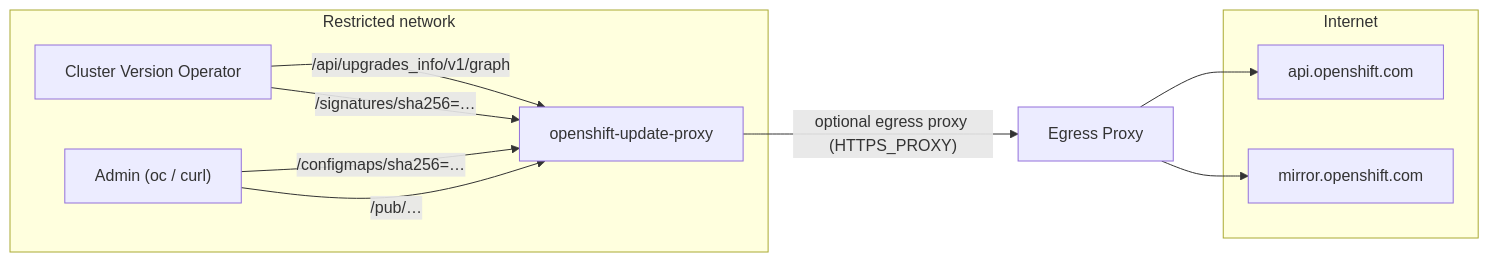
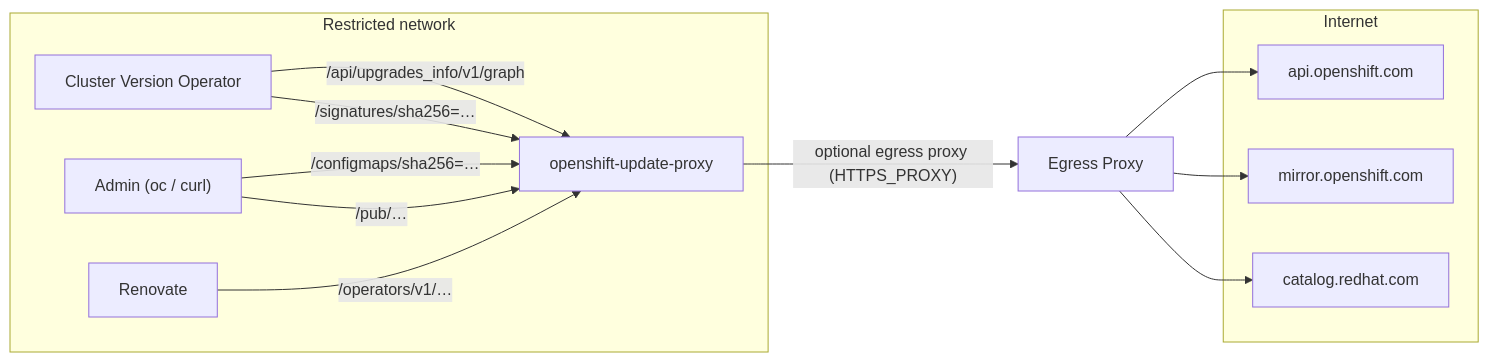
One commit to slauger/openshift-update-proxy changed the diagram in README.md. Above: the diagram before and after it, drawn with Mermaid. The commit also changed other lines of this file and 9 other files, not shown here.

First line of the commit message:
feat: add operator catalog API for Renovate-driven operator updates

````diff
--- a/README.md
+++ b/README.md
@@ -31,22 +34,26 @@
 ```mermaid
 flowchart LR
     subgraph restricted["Restricted network"]
         CVO["Cluster Version Operator"]
         ADMIN["Admin (oc / curl)"]
+        RENOVATE["Renovate"]
         PROXY["openshift-update-proxy"]
     end
 
     subgraph internet["Internet"]
         API["api.openshift.com"]
         MIRROR["mirror.openshift.com"]
+        PYXIS["catalog.redhat.com"]
     end
 
     CVO -- "/api/upgrades_info/v1/graph" --> PROXY
     CVO -- "/signatures/sha256=…" --> PROXY
     ADMIN -- "/configmaps/sha256=…" --> PROXY
     ADMIN -- "/pub/…" --> PROXY
+    RENOVATE -- "/operators/v1/…" --> PROXY
 
     PROXY -- "optional egress proxy (HTTPS_PROXY)" --> EGRESS["Egress Proxy"]
     EGRESS --> API
     EGRESS --> MIRROR
+    EGRESS --> PYXIS
 ```
````
